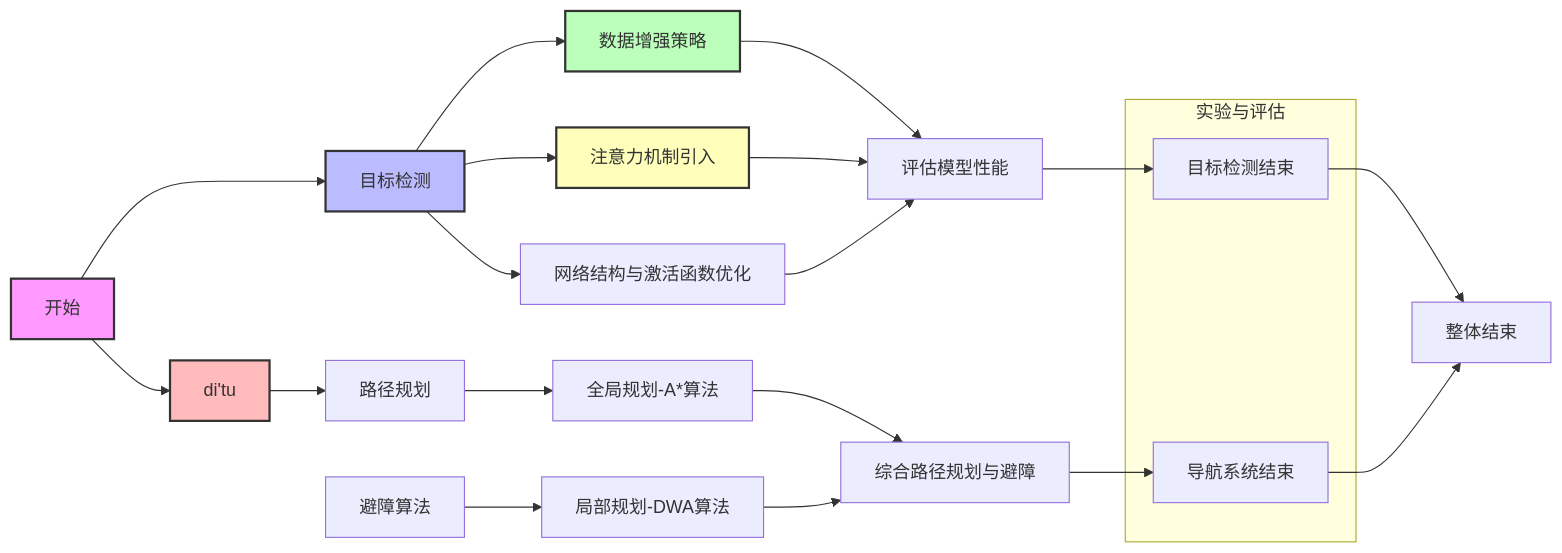
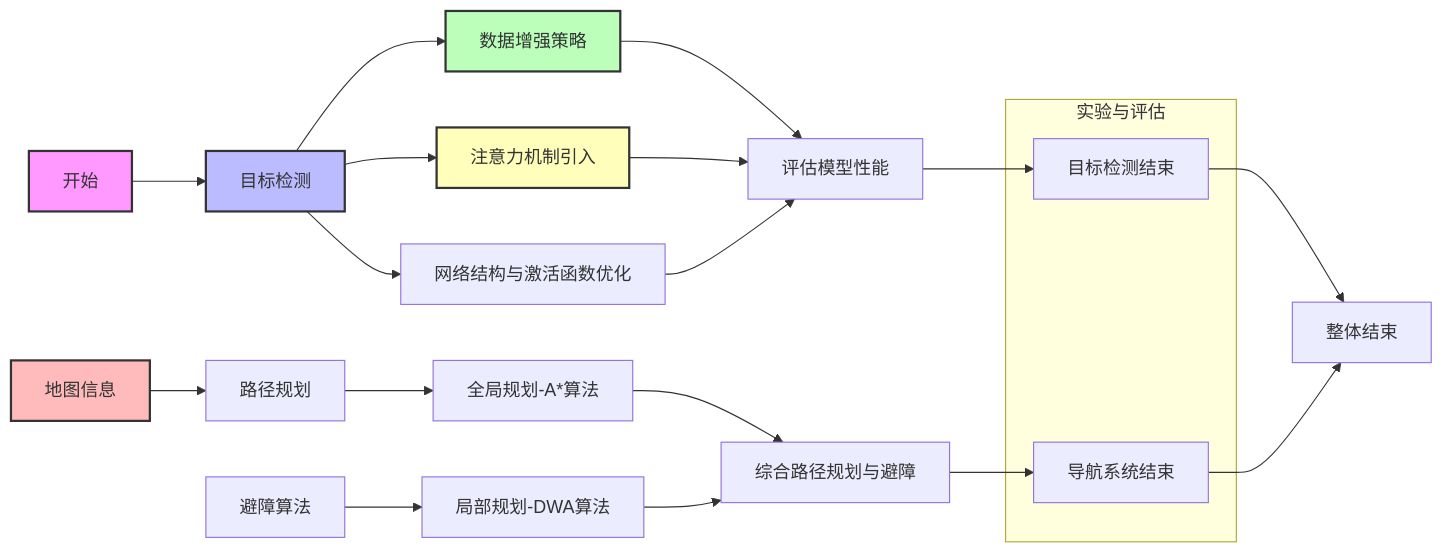
Before and after one commit to 1831380633/iodraw-files: the diagram in all/未命名-1.md, drawn with Mermaid.

Commit message:
2024-12-18 14:58:14 update

````diff
--- a/all/未命名-1.md
+++ b/all/未命名-1.md
@@ -1,36 +1,36 @@
 ```mermaid
 graph LR
     style A fill:#f9f,stroke:#333,stroke-width:2px
     style B fill:#bbf,stroke:#333,stroke-width:2px
     style C fill:#fbb,stroke:#333,stroke-width:2px
     style D fill:#bfb,stroke:#333,stroke-width:2px
     style E fill:#ffb,stroke:#333,stroke-width:2px
 
     A[开始] --> B[目标检测]
-    A --> C[di'tu]
+   C[地图信息]
     
     B --> D[数据增强策略]
     B --> E[注意力机制引入]
     B --> F[网络结构与激活函数优化]
     D --> G[评估模型性能]
     E --> G
     F --> G
     G --> H[目标检测结束]
     
     C --> I[路径规划]
 
     I --> K[全局规划-A*算法]
     J[避障算法] --> L[局部规划-DWA算法]
     K --> M[综合路径规划与避障]
     L --> M
     M --> N[导航系统结束]
     
     H --> O[整体结束]
     N --> O
 
     subgraph 实验与评估
         H
         N
     end
 
 ```
````
